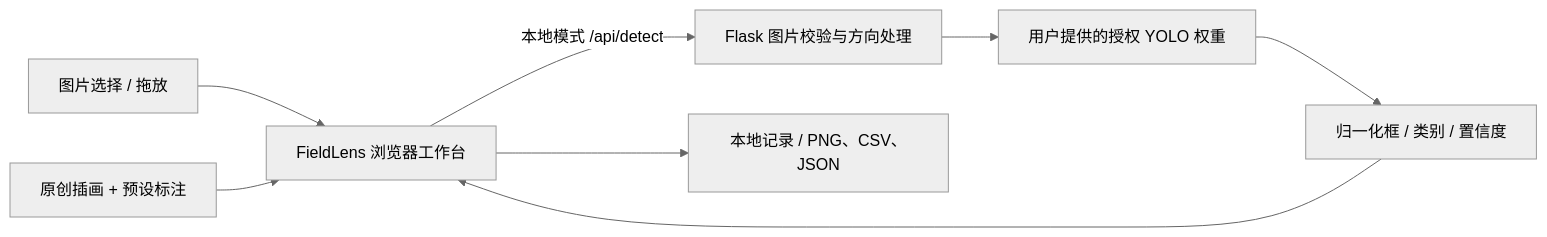
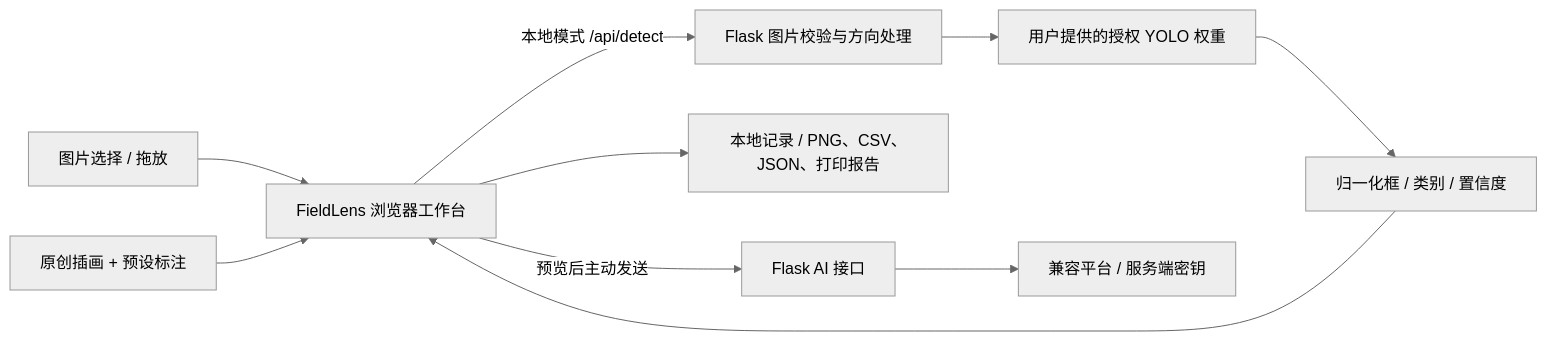
One commit to GuHang2011/fieldlens changed the diagram in README.md. Above: the diagram before and after it, drawn with Mermaid (neutral theme). The commit also changed other lines of this file and 30 other files, not shown here.

````diff
--- a/README.md
+++ b/README.md
@@ -112,10 +118,12 @@
 ```mermaid
 flowchart LR
   A[图片选择 / 拖放] --> B[FieldLens 浏览器工作台]
   S[原创插画 + 预设标注] --> B
   B -->|本地模式 /api/detect| C[Flask 图片校验与方向处理]
   C --> D[用户提供的授权 YOLO 权重]
   D --> E[归一化框 / 类别 / 置信度]
   E --> B
-  B --> F[本地记录 / PNG、CSV、JSON]
+  B --> F[本地记录 / PNG、CSV、JSON、打印报告]
+  B -->|预览后主动发送| G[Flask AI 接口]
+  G --> H[兼容平台 / 服务端密钥]
 ```
````
